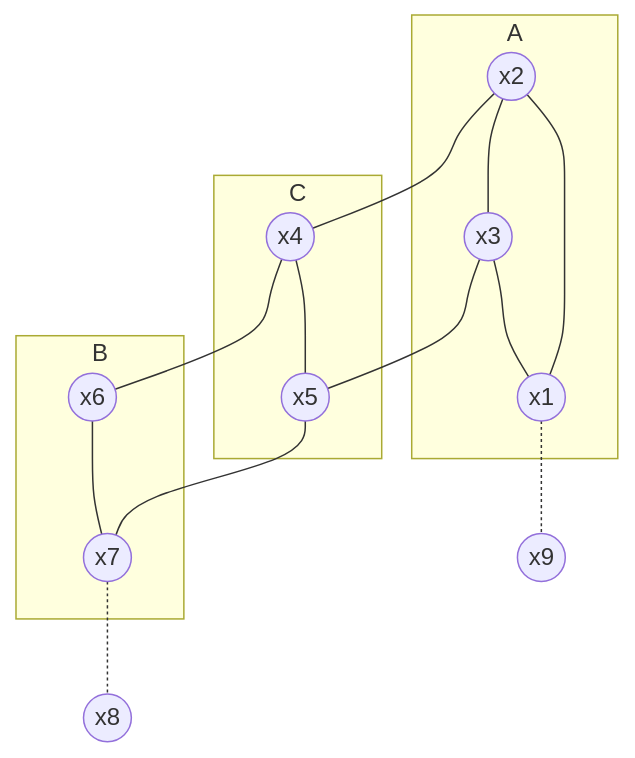
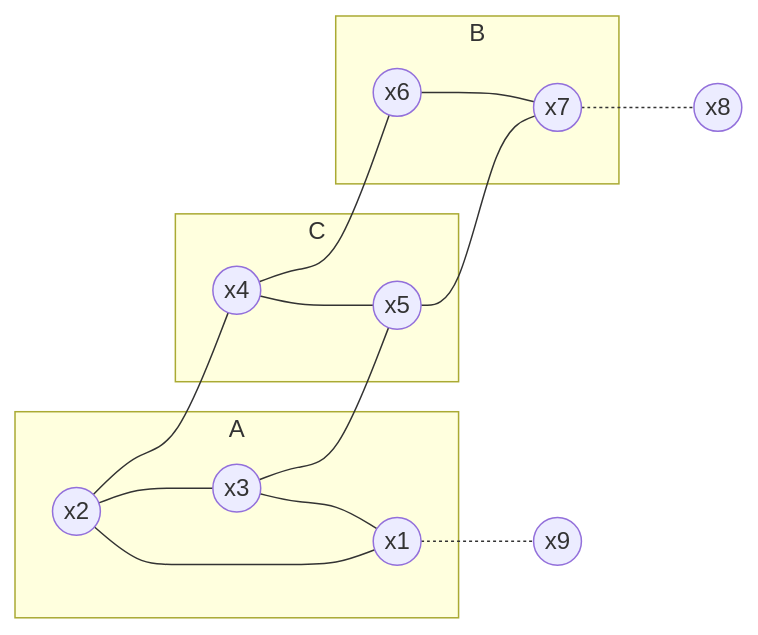
The third of 5 diagrams in docs/source/ml/PGM.md (sspuiip/ml), drawn with Mermaid before and after one commit. The commit also changed other lines of this file and 2 other files, not shown here.

````diff
--- a/docs/source/ml/PGM.md
+++ b/docs/source/ml/PGM.md
@@ -117,25 +129,25 @@
 ```{mermaid}
 ---
 caption: Fig 3. 马尔可夫随机场分离集示例 
 align: center
 ---
-flowchart TD   
+graph LR   
   x1 -.- x9(("x9"))
   subgraph A 
     x3 --- x1
     x2(("x2")) --- x1(("x1"))
     x2 --- x3(("x3"))    
   end
   x2 --- x4
   x3 --- x5
   subgraph C
     x4(("x4")) --- x5(("x5"))
   end
   x4 --- x6
   x5 --- x7
   subgraph B
     x6(("x6")) --- x7(("x7"))
   end
   x7 -.- x8(("x8"))
 
 ```
````
